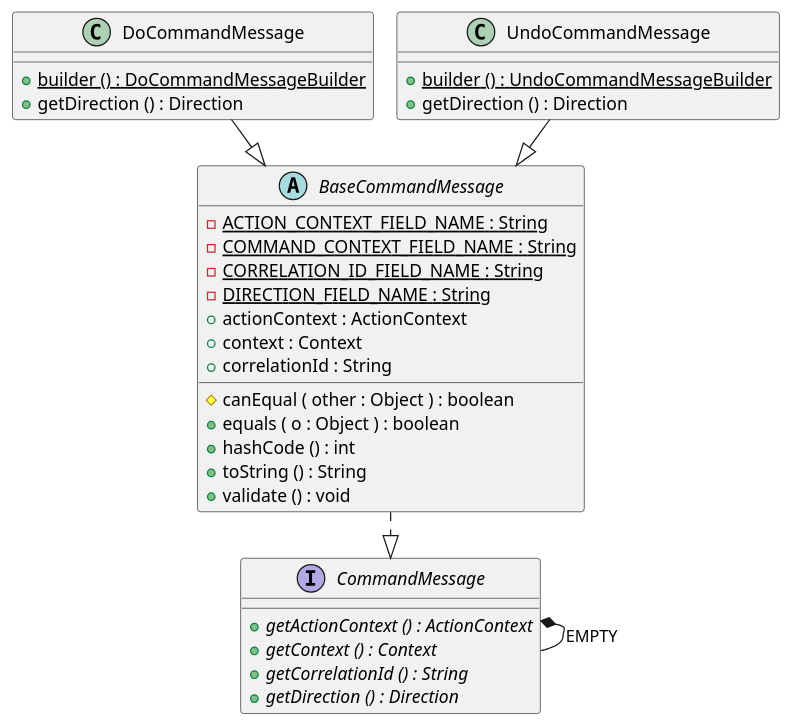
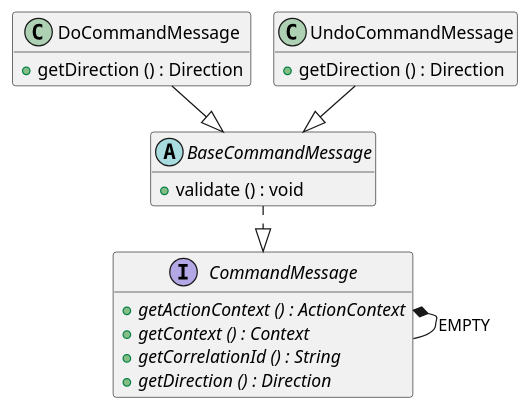
The diagram in business-logic/documentation/puml/class-diagrams/CoreExecutableCommandMessageModel.puml (OlegSopilnyak/school-demo), drawn with PlantUML before and after one commit. The commit also changed 69 other files, not shown here.

```diff
--- a/business-logic/documentation/puml/class-diagrams/CoreExecutableCommandMessageModel.puml
+++ b/business-logic/documentation/puml/class-diagrams/CoreExecutableCommandMessageModel.puml
@@ -3,48 +3,43 @@
 @startuml
 !pragma layout smetana
 
 abstract class BaseCommandMessage {
 	{field} {static} -ACTION_CONTEXT_FIELD_NAME : String
 	{field} {static} -COMMAND_CONTEXT_FIELD_NAME : String
 	{field} {static} -CORRELATION_ID_FIELD_NAME : String
 	{field} {static} -DIRECTION_FIELD_NAME : String
 	{field} +actionContext : ActionContext
 	{field} +context : Context
 	{field} +correlationId : String
-	{method} #canEqual ( other : Object ) : boolean
-	{method} +equals ( o : Object ) : boolean
-	{method} +hashCode () : int
-	{method} +toString () : String
 	{method} +validate () : void
 }
 
 
 interface CommandMessage {
 	{method}  {abstract} +getActionContext () : ActionContext
 	{method}  {abstract} +getContext () : Context
 	{method}  {abstract} +getCorrelationId () : String
 	{method}  {abstract} +getDirection () : Direction
 }
 
 
 class DoCommandMessage {
-	{method}  {static} +builder () : DoCommandMessageBuilder
 	{method} +getDirection () : Direction
 }
 
 
 class UndoCommandMessage {
-	{method}  {static} +builder () : UndoCommandMessageBuilder
 	{method} +getDirection () : Direction
 }
 
 
 
 
 BaseCommandMessage ..|>  CommandMessage
 CommandMessage *--  CommandMessage : EMPTY
 DoCommandMessage --|>  BaseCommandMessage
 UndoCommandMessage --|>  BaseCommandMessage
 
+hide fields
 
 @enduml
```
